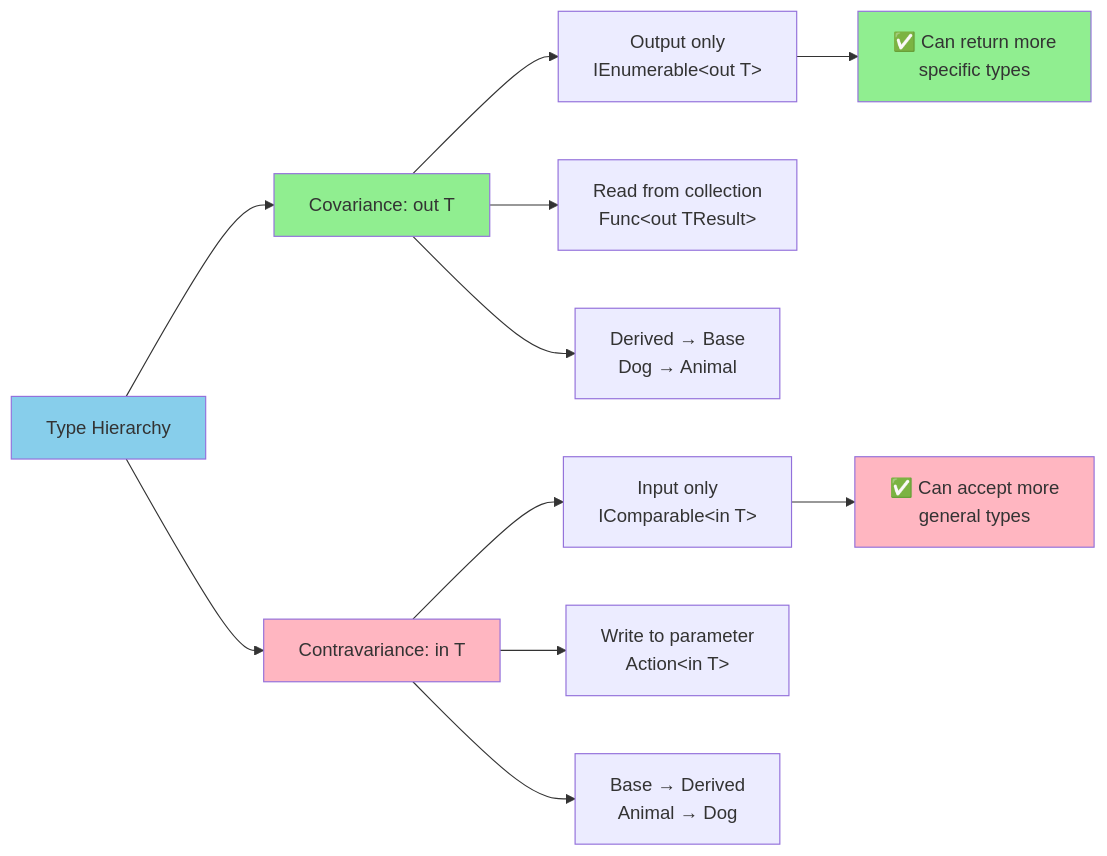
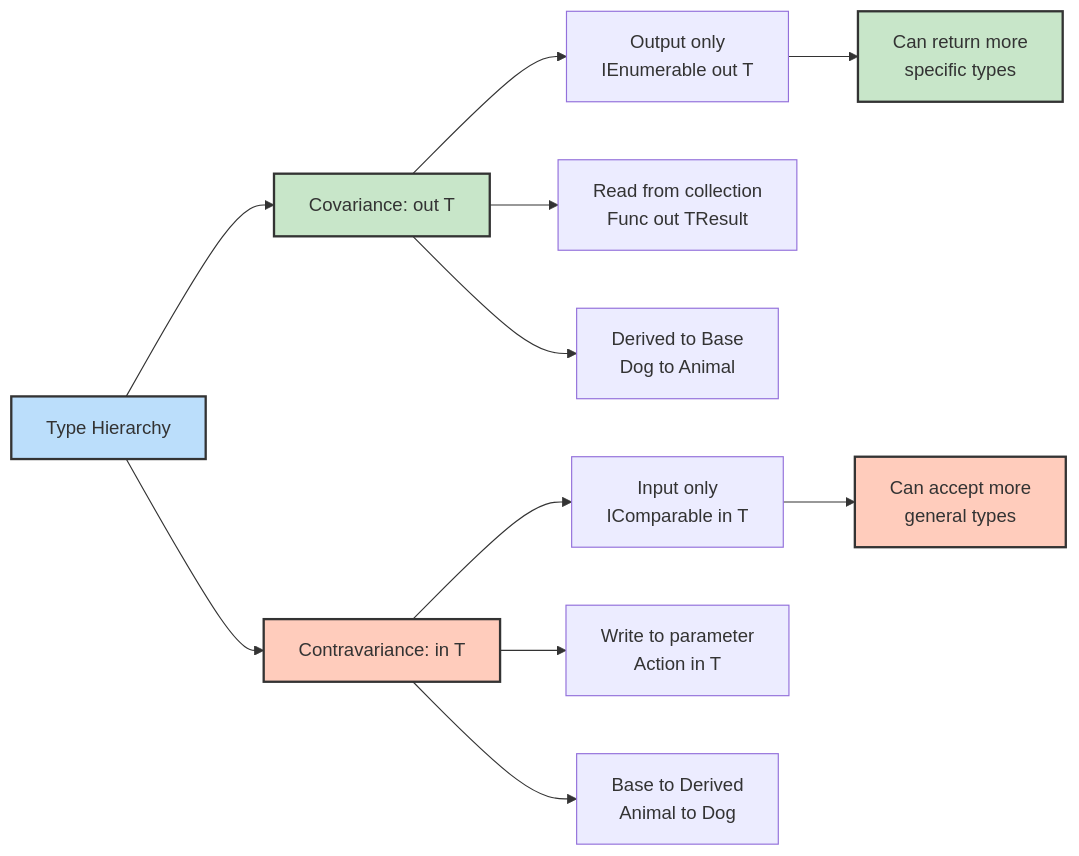
Before and after one commit to NguyenPhamCode4You/ai-home-lab-docker-compose: the seventh of 12 diagrams in C# fundamentals/day05-generics.md, drawn with Mermaid. The commit also changed other lines of this file and 10 other files, not shown here.

````diff
--- a/C# fundamentals/day05-generics.md
+++ b/C# fundamentals/day05-generics.md
@@ -743,22 +743,22 @@
 ```mermaid
 graph LR
     A[Type Hierarchy] --> B[Covariance: out T]
     A --> C[Contravariance: in T]
 
-    B --> B1["Output only<br/>IEnumerable&lt;out T&gt;"]
-    B --> B2["Read from collection<br/>Func&lt;out TResult&gt;"]
-    B --> B3["Derived → Base<br/>Dog → Animal"]
+    B --> B1["Output only<br/>IEnumerable out T"]
+    B --> B2["Read from collection<br/>Func out TResult"]
+    B --> B3["Derived to Base<br/>Dog to Animal"]
 
-    C --> C1["Input only<br/>IComparable&lt;in T&gt;"]
-    C --> C2["Write to parameter<br/>Action&lt;in T&gt;"]
-    C --> C3["Base → Derived<br/>Animal → Dog"]
+    C --> C1["Input only<br/>IComparable in T"]
+    C --> C2["Write to parameter<br/>Action in T"]
+    C --> C3["Base to Derived<br/>Animal to Dog"]
 
-    B1 --> D["✅ Can return more<br/>specific types"]
-    C1 --> E["✅ Can accept more<br/>general types"]
+    B1 --> D["Can return more<br/>specific types"]
+    C1 --> E["Can accept more<br/>general types"]
 
-    style A fill:#87CEEB
-    style B fill:#90EE90
-    style C fill:#FFB6C1
-    style D fill:#90EE90
-    style E fill:#FFB6C1
+    style A fill:#bbdefb,stroke:#333,stroke-width:2px
+    style B fill:#c8e6c9,stroke:#333,stroke-width:2px
+    style C fill:#ffccbc,stroke:#333,stroke-width:2px
+    style D fill:#c8e6c9,stroke:#333,stroke-width:2px
+    style E fill:#ffccbc,stroke:#333,stroke-width:2px
 ```
````
